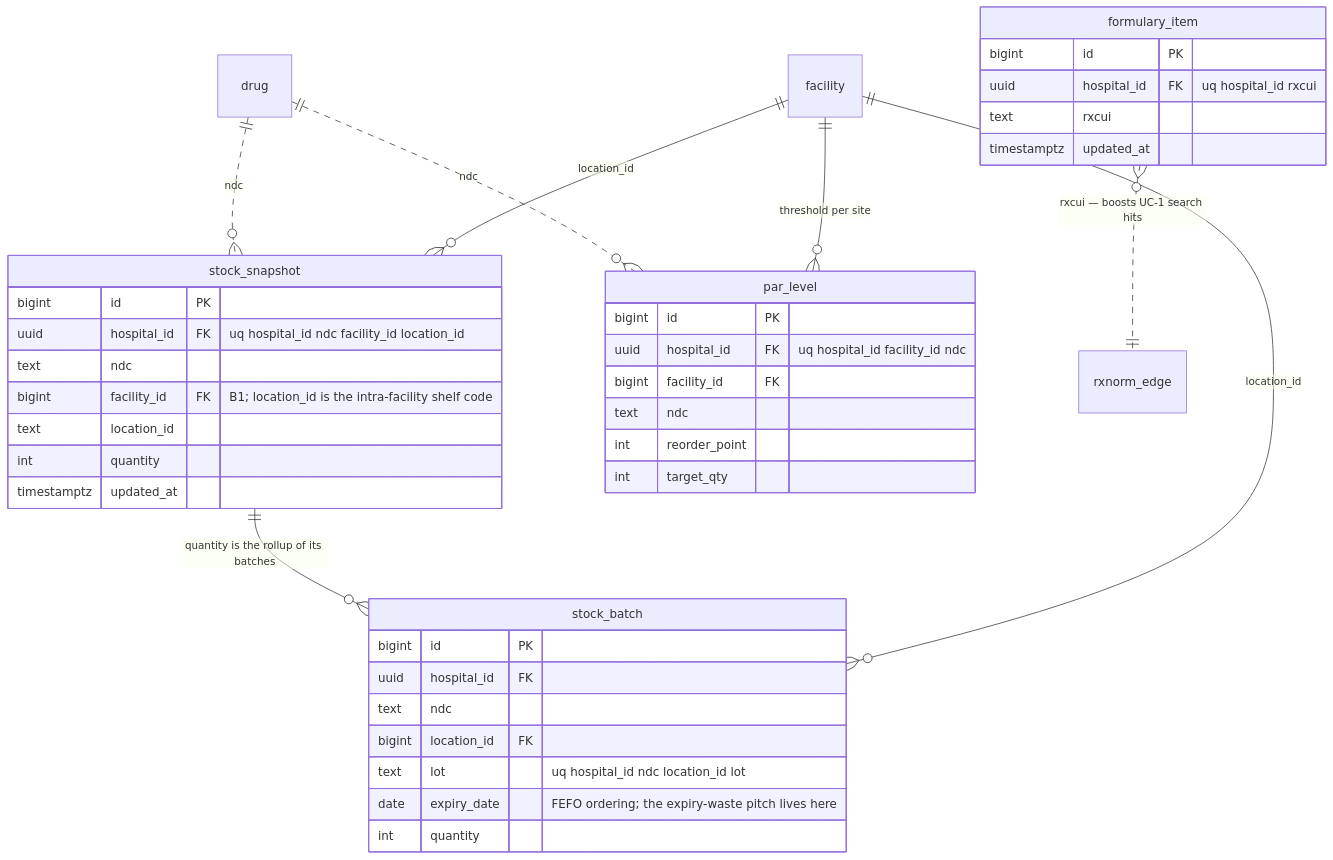
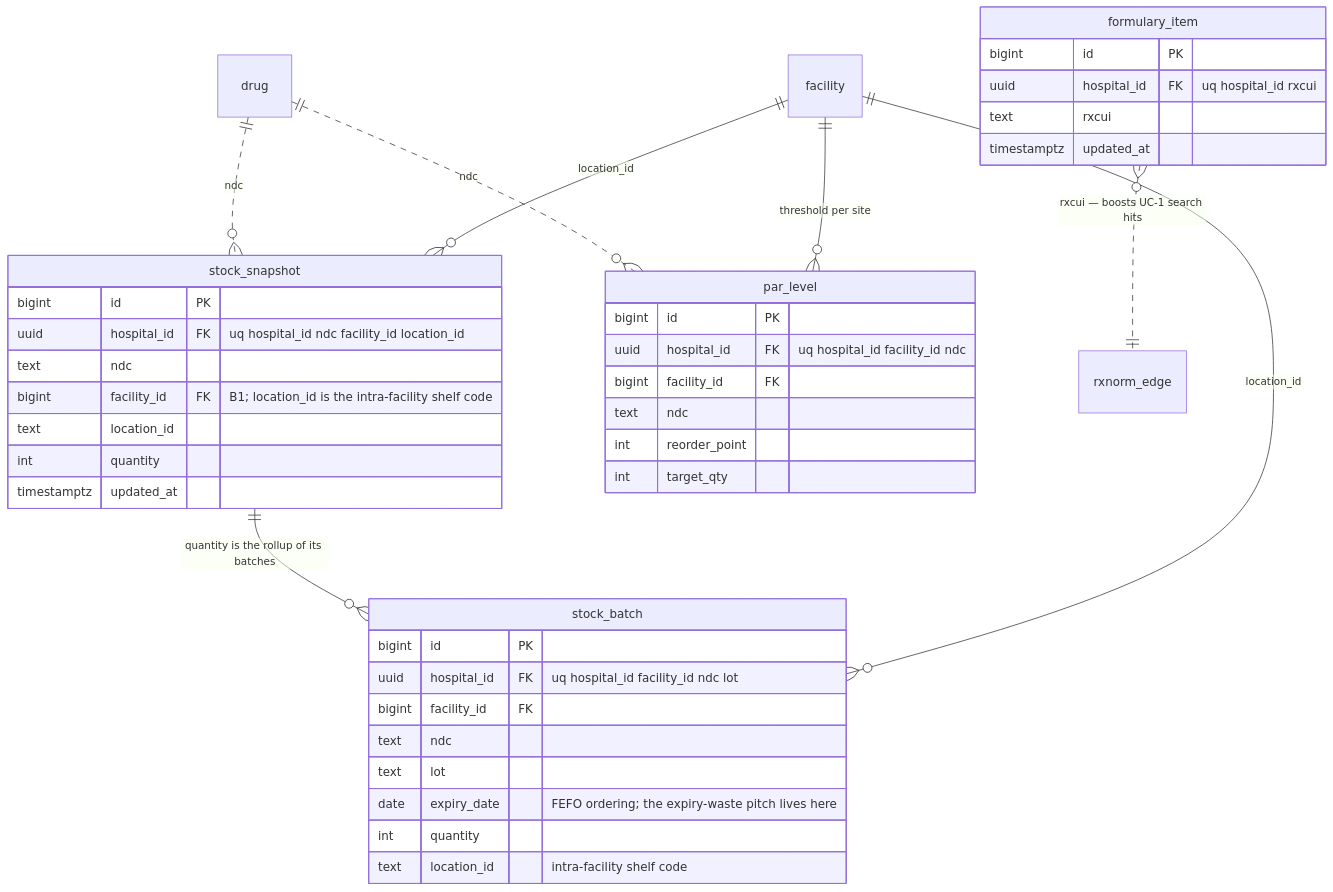
One commit to lohvinovpavel/MedStockAI changed the third of 5 diagrams in docs/backend/db-schema.md. Above: the diagram before and after it, drawn with Mermaid. The commit also changed other lines of this file and 31 other files, not shown here.

````diff
--- a/docs/backend/db-schema.md
+++ b/docs/backend/db-schema.md
@@ -185,43 +184,44 @@
 ```mermaid
 erDiagram
     facility ||--o{ stock_snapshot : "location_id"
     facility ||--o{ stock_batch : "location_id"
     facility ||--o{ par_level : "threshold per site"
     stock_snapshot ||--o{ stock_batch : "quantity is the rollup of its batches"
     drug ||..o{ stock_snapshot : "ndc"
     drug ||..o{ par_level : "ndc"
     formulary_item }o..|| rxnorm_edge : "rxcui — boosts UC-1 search hits"
 
     formulary_item {
         bigint id PK
         uuid hospital_id FK "uq hospital_id rxcui"
         text rxcui
         timestamptz updated_at
     }
     stock_snapshot {
         bigint id PK
         uuid hospital_id FK "uq hospital_id ndc facility_id location_id"
         text ndc
         bigint facility_id FK "B1; location_id is the intra-facility shelf code"
         text location_id
         int quantity
         timestamptz updated_at
     }
     stock_batch {
         bigint id PK
-        uuid hospital_id FK
+        uuid hospital_id FK "uq hospital_id facility_id ndc lot"
+        bigint facility_id FK
         text ndc
-        bigint location_id FK
-        text lot "uq hospital_id ndc location_id lot"
+        text lot
         date expiry_date "FEFO ordering; the expiry-waste pitch lives here"
         int quantity
+        text location_id "intra-facility shelf code"
     }
     par_level {
         bigint id PK
         uuid hospital_id FK "uq hospital_id facility_id ndc"
         bigint facility_id FK
         text ndc
         int reorder_point
         int target_qty
     }
 ```
````
